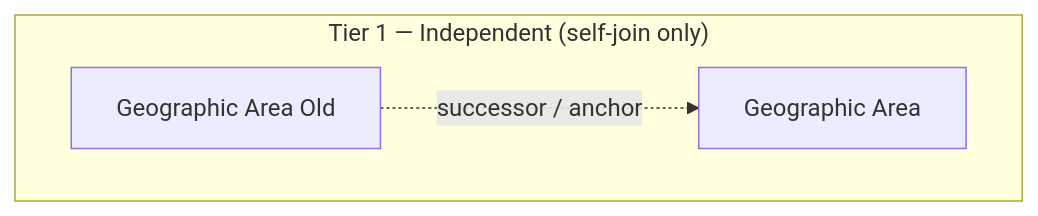
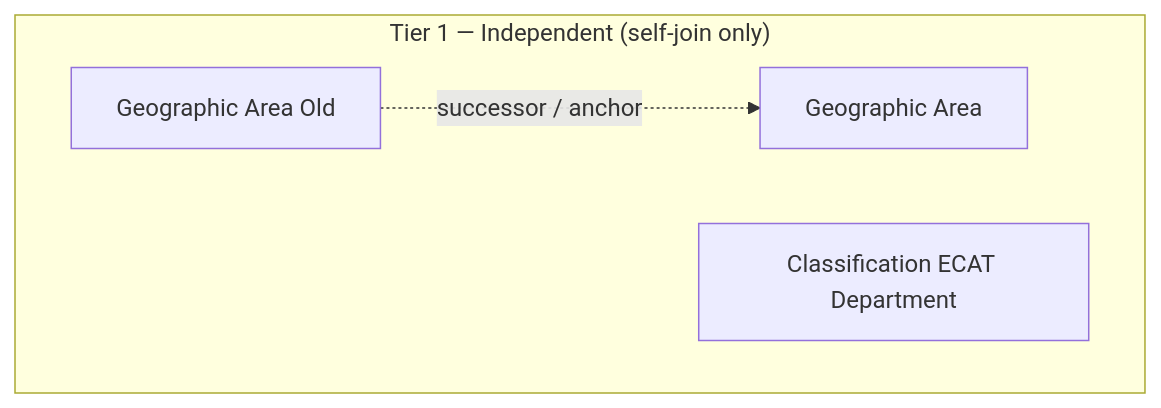
Before and after one commit to linhlvit/ubck_atomic_design: the first of 2 diagrams in DataModel/working/Atomic/hld/ECAT_HLD_Overview.md, drawn with Mermaid. The commit also changed other lines of this file and 27 other files, not shown here.

````diff
--- a/DataModel/working/Atomic/hld/ECAT_HLD_Overview.md
+++ b/DataModel/working/Atomic/hld/ECAT_HLD_Overview.md
@@ -23,9 +24,10 @@
 ```mermaid
 graph TD
     subgraph T1["Tier 1 — Independent (self-join only)"]
         GA["Geographic Area"]
         GAO["Geographic Area Old"]
+        CLD["Classification ECAT Department"]
     end
 
     GAO -.successor / anchor.-> GA
 ```
````
